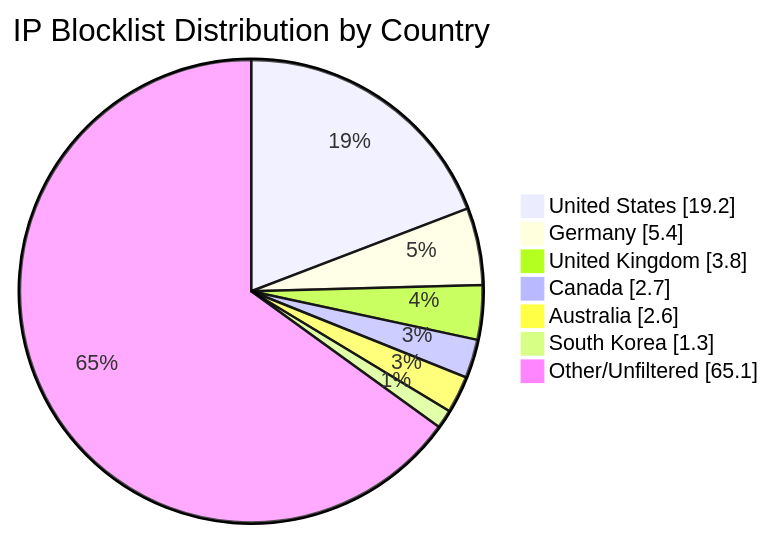
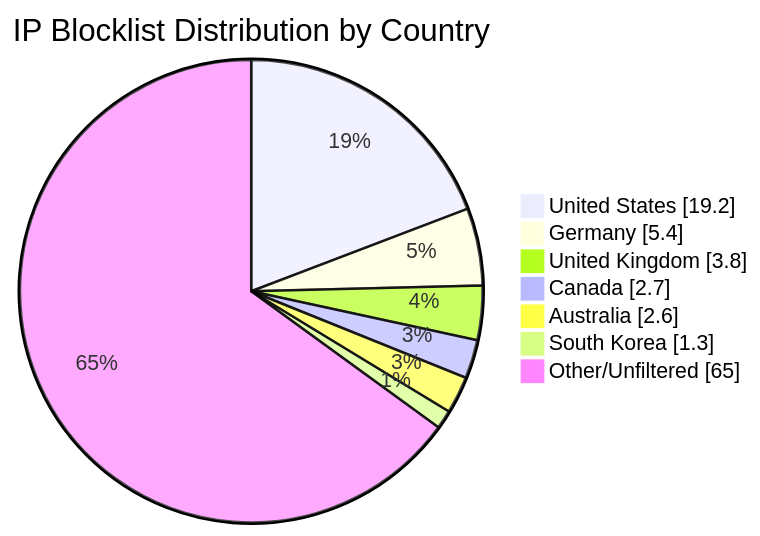
The diagram in README.md (MarcusHoltz/ipblocklist-geofiltered-aggregator), drawn with Mermaid before and after one commit. The commit also changed other lines of this file and 9 other files, not shown here.

````diff
--- a/README.md
+++ b/README.md
@@ -34,10 +34,10 @@
 ```mermaid
 pie showData title IP Blocklist Distribution by Country
 "United States" : 19.2
 "Germany" : 5.4
 "United Kingdom" : 3.8
 "Canada" : 2.7
 "Australia" : 2.6
 "South Korea" : 1.3
-"Other/Unfiltered" : 65.1
+"Other/Unfiltered" : 65.0
 ```
````
